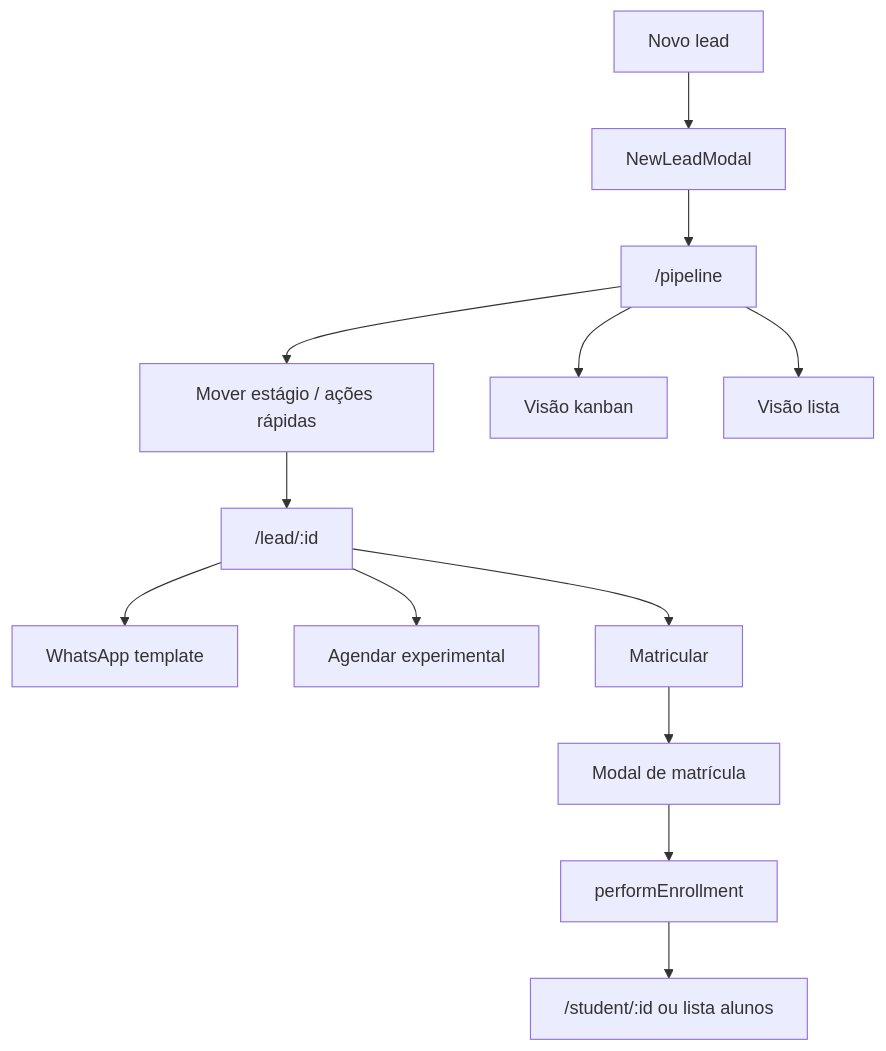
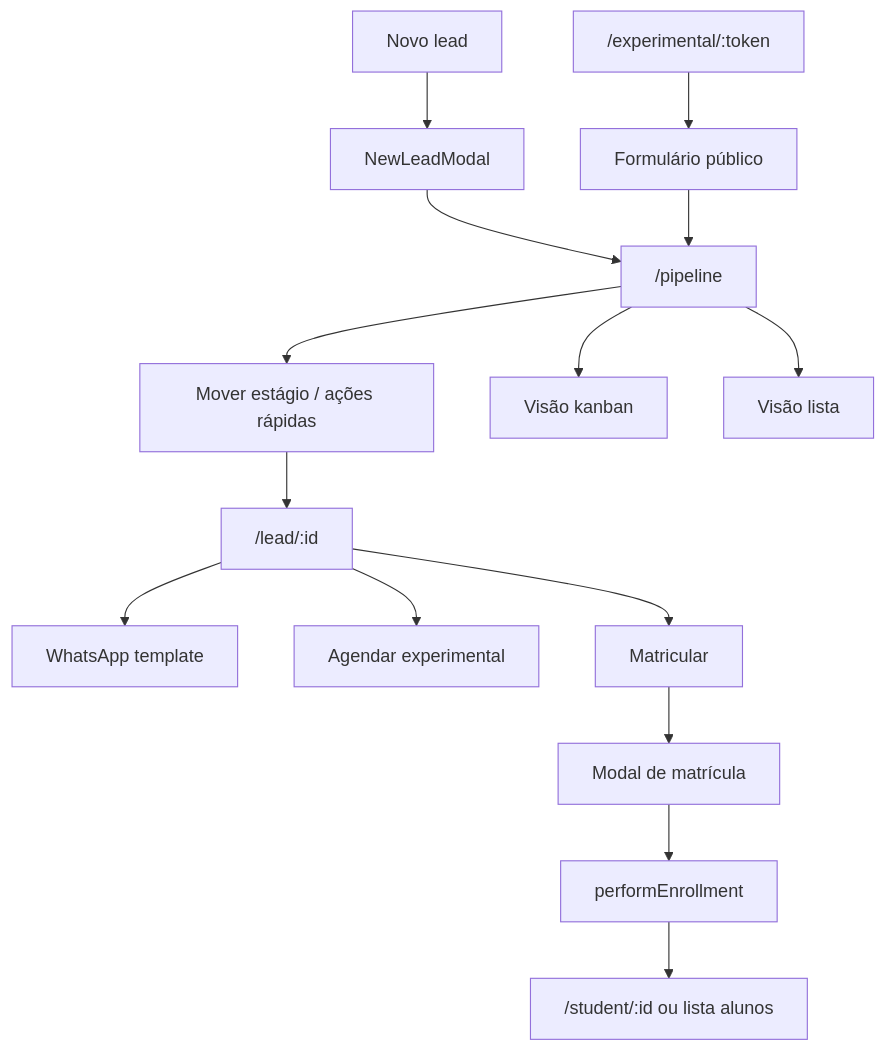
Before and after one commit to brunaamaralp/bjj: the diagram in docs/flows/crm/funil-lead-matricula.md, drawn with Mermaid. The commit also changed other lines of this file and 15 other files, not shown here.

First line of the commit message:
feat(crm): link publico de experimental com reagendamento por telefone

````diff
--- a/docs/flows/crm/funil-lead-matricula.md
+++ b/docs/flows/crm/funil-lead-matricula.md
@@ -35,15 +38,17 @@
 ```mermaid
 flowchart TD
   start[Novo lead] --> modal[NewLeadModal]
   modal --> pipeline["/pipeline"]
+  publicLink["/experimental/:token"] --> publicForm[Formulário público]
+  publicForm --> pipeline
   pipeline --> stage[Mover estágio / ações rápidas]
   stage --> profile["/lead/:id"]
   profile --> whatsapp[WhatsApp template]
   profile --> schedule[Agendar experimental]
   profile --> matricula[Matricular]
   matricula --> enrollModal[Modal de matrícula]
   enrollModal --> performEnroll[performEnrollment]
   performEnroll --> student["/student/:id ou lista alunos"]
   pipeline --> kanban[Visão kanban]
   pipeline --> list[Visão lista]
 ```
````
